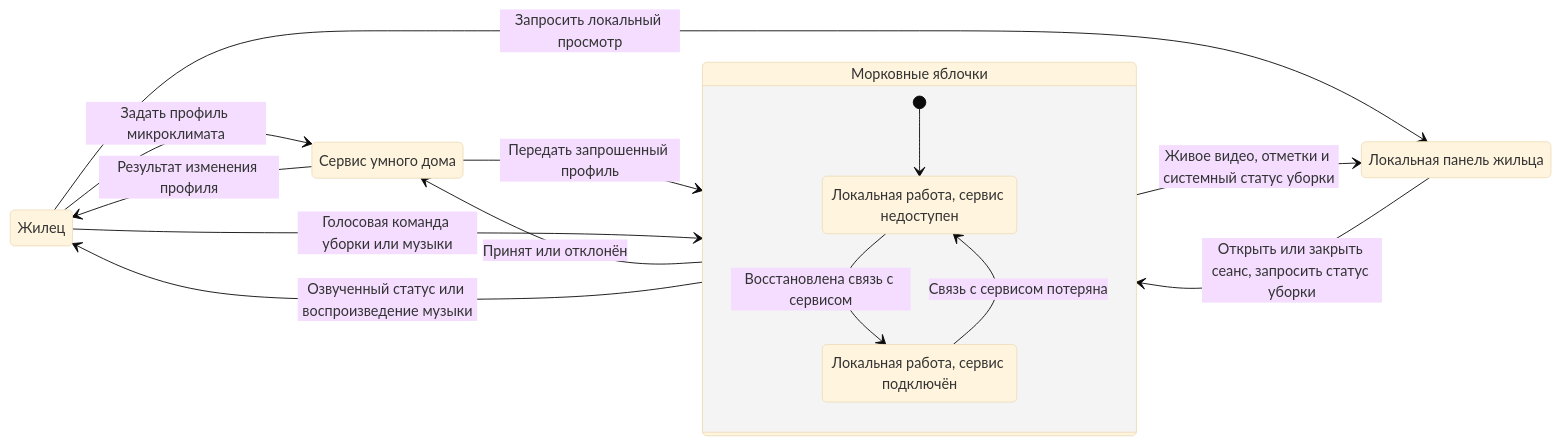
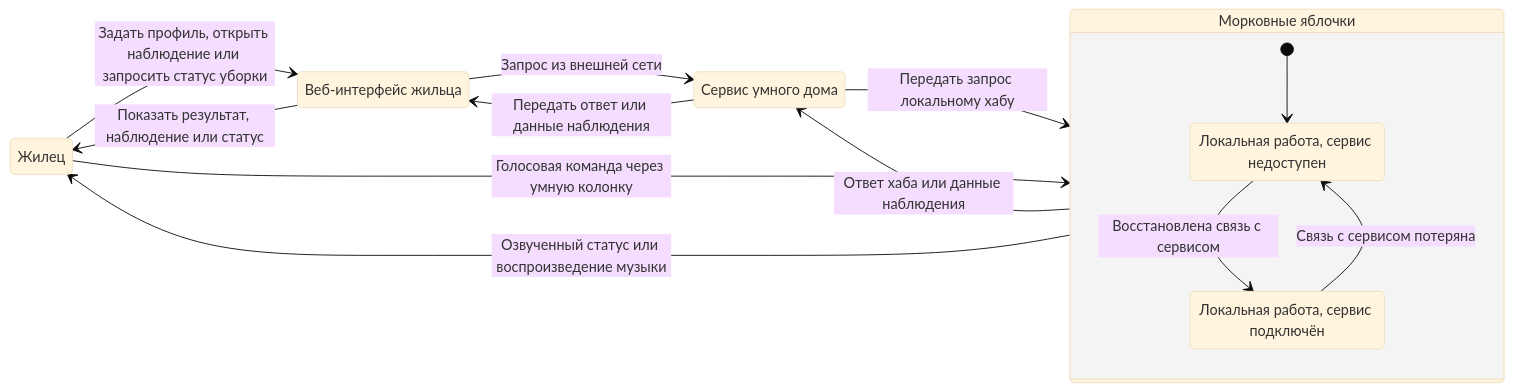
One commit to BPLA-Team/carrot-apples changed the diagram in customer_side/CONTEXT_DIAGRAM.md. Above: the diagram before and after it, drawn with Mermaid (base theme). The commit also changed other lines of this file and 22 other files, not shown here.

Commit message:
docs(architecture): document web access through the external service

````diff
--- a/customer_side/CONTEXT_DIAGRAM.md
+++ b/customer_side/CONTEXT_DIAGRAM.md
@@ -3,23 +3,22 @@
 ```mermaid
 stateDiagram-v2
     direction LR
     state "Жилец" as Resident
     state "Сервис умного дома" as Service
-    state "Локальная панель жильца" as Panel
+    state "Веб-интерфейс жильца" as Web
     state "Морковные яблочки" as Home {
         [*] --> Local
         state "Локальная работа, сервис недоступен" as Local
         state "Локальная работа, сервис подключён" as Connected
         Local --> Connected: Восстановлена связь с сервисом
         Connected --> Local: Связь с сервисом потеряна
     }
-    Resident --> Service: Задать профиль микроклимата
-    Service --> Resident: Результат изменения профиля
-    Service --> Home: Передать запрошенный профиль
-    Home --> Service: Принят или отклонён
-    Resident --> Home: Голосовая команда уборки или музыки
+    Resident --> Web: Задать профиль, открыть наблюдение или запросить статус уборки
+    Web --> Service: Запрос из внешней сети
+    Service --> Home: Передать запрос локальному хабу
+    Home --> Service: Ответ хаба или данные наблюдения
+    Service --> Web: Передать ответ или данные наблюдения
+    Web --> Resident: Показать результат, наблюдение или статус
+    Resident --> Home: Голосовая команда через умную колонку
     Home --> Resident: Озвученный статус или воспроизведение музыки
-    Resident --> Panel: Запросить локальный просмотр
-    Panel --> Home: Открыть или закрыть сеанс, запросить статус уборки
-    Home --> Panel: Живое видео, отметки и системный статус уборки
 ```
````
